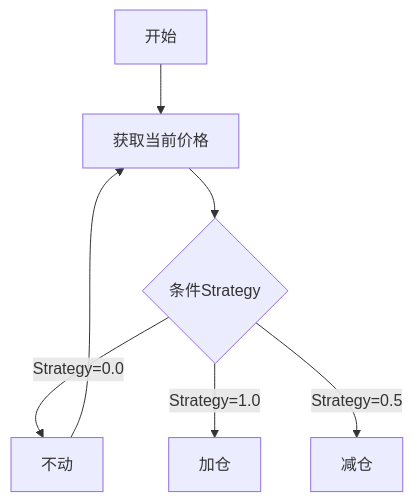
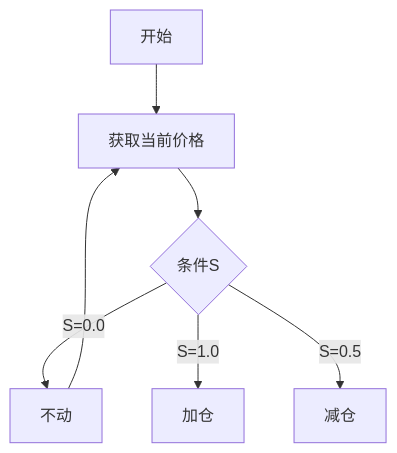
Before and after one commit to meiseguo/meiseguo: the diagram in README.md, drawn with Mermaid.

Commit message:
更新 README.md

````diff
--- a/README.md
+++ b/README.md
@@ -19,9 +19,9 @@
 ```mermaid
 graph TD
 A[开始] --> B[获取当前价格]
-B --> C{条件Strategy}
-C --> |Strategy=0.0| D[不动]
-C --> |Strategy=1.0| E[加仓]
-C --> |Strategy=0.5| F[减仓]
+B --> C{条件S}
+C --> |S=0.0| D[不动]
+C --> |S=1.0| E[加仓]
+C --> |S=0.5| F[减仓]
 D --> B
 ```
````
